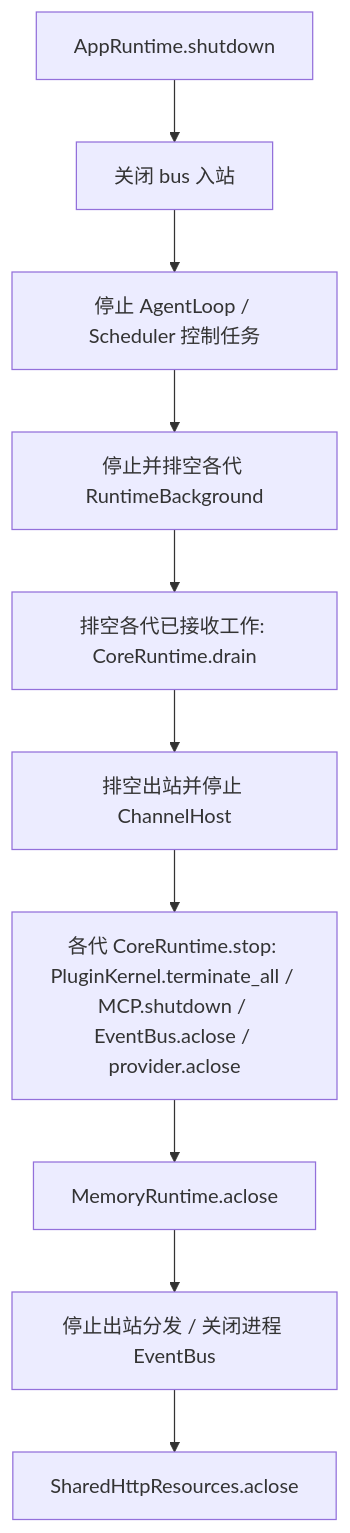
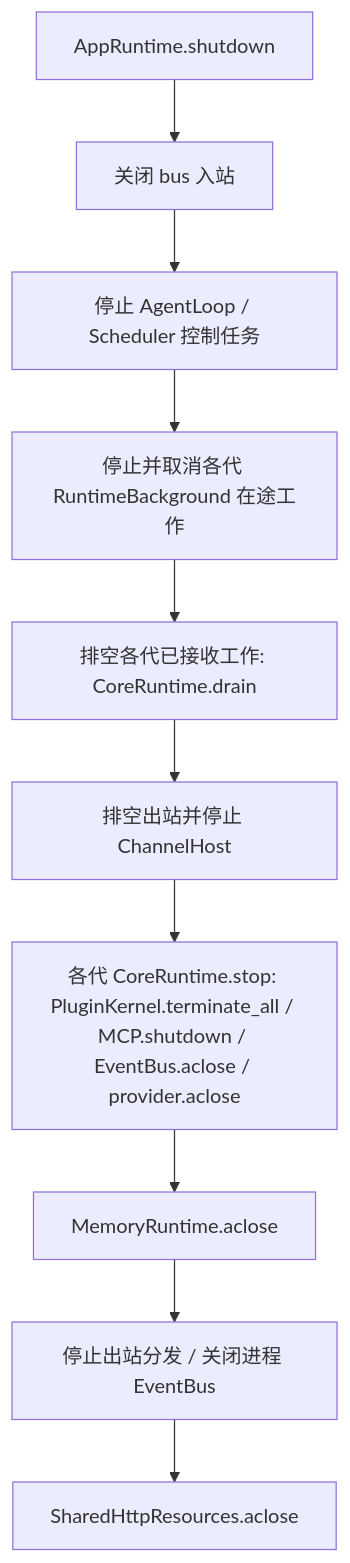
The third of 3 diagrams in docs/knowledge/architecture/current-backend.md (YinFengWindy/Shiori-Agent), drawn with Mermaid before and after one commit. The commit also changed other lines of this file and 8 other files, not shown here.

````diff
--- a/docs/knowledge/architecture/current-backend.md
+++ b/docs/knowledge/architecture/current-backend.md
@@ -127,12 +127,12 @@
 ```mermaid
 flowchart TD
   A[AppRuntime.shutdown] --> B[关闭 bus 入站]
   B --> C[停止 AgentLoop / Scheduler 控制任务]
-  C --> D[停止并排空各代 RuntimeBackground]
+  C --> D[停止并取消各代 RuntimeBackground 在途工作]
   D --> E[排空各代已接收工作: CoreRuntime.drain]
   E --> F[排空出站并停止 ChannelHost]
   F --> G[各代 CoreRuntime.stop: PluginKernel.terminate_all / MCP.shutdown / EventBus.aclose / provider.aclose]
   G --> H[MemoryRuntime.aclose]
   H --> I[停止出站分发 / 关闭进程 EventBus]
   I --> J[SharedHttpResources.aclose]
 ```
````
